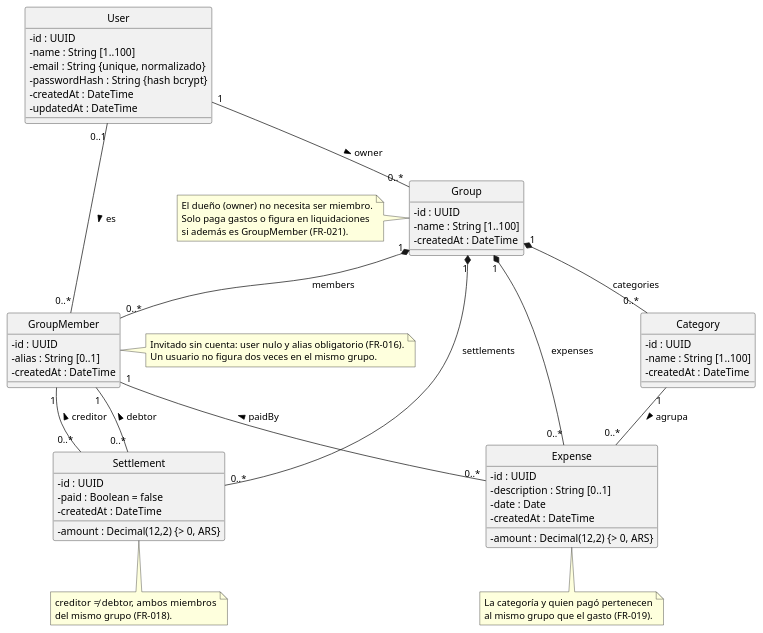
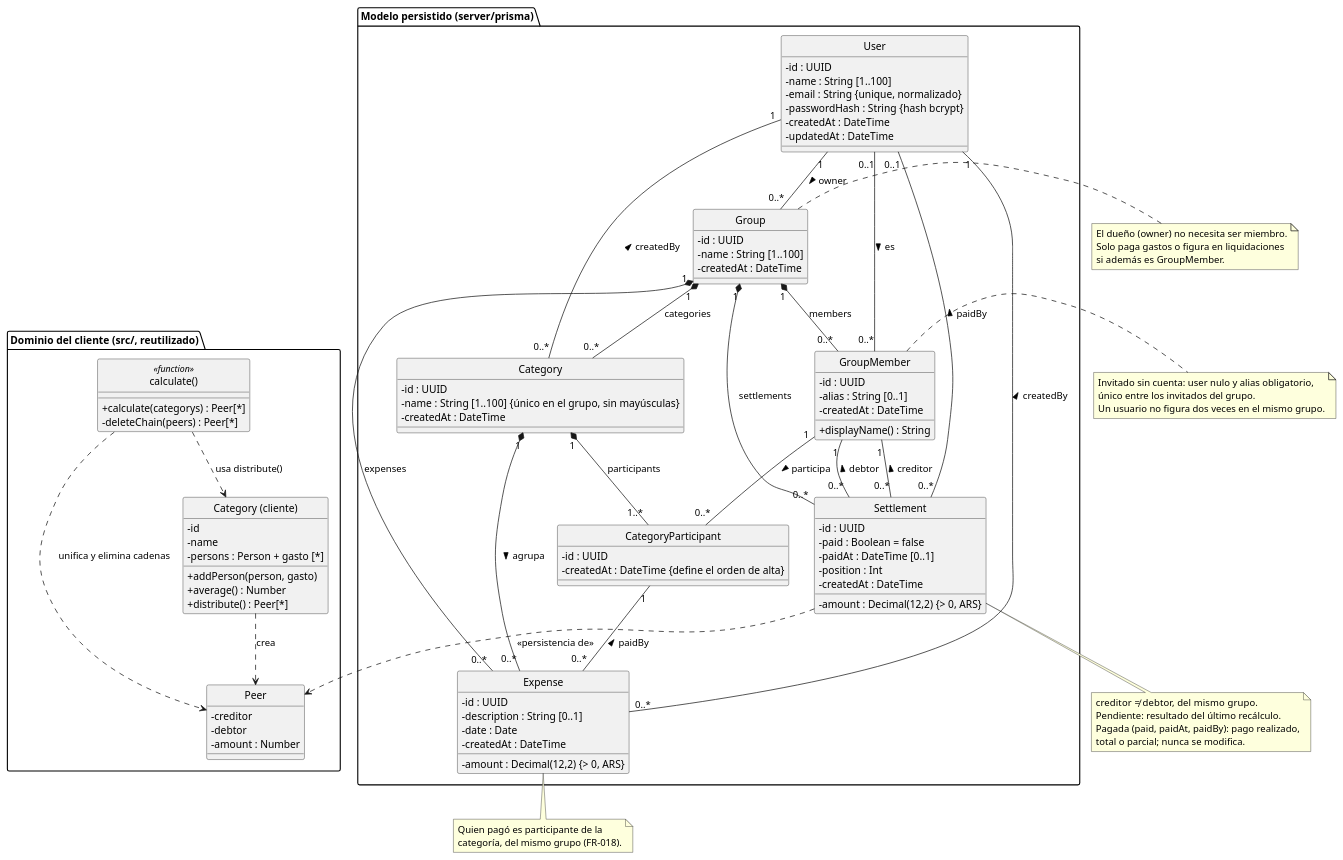
One commit to Matimrs/cuanto-es changed the first of 2 diagrams in docs/entregables/diagrama-de-clases.md. Above: the diagram before and after it, drawn with PlantUML. The commit also changed other lines of this file and 56 other files, not shown here.

````diff
--- a/docs/entregables/diagrama-de-clases.md
+++ b/docs/entregables/diagrama-de-clases.md
@@ -11,78 +15,123 @@
 hide circle
 skinparam classAttributeIconSize 0
 
-class User {
-  - id : UUID
-  - name : String [1..100]
-  - email : String {unique, normalizado}
-  - passwordHash : String {hash bcrypt}
-  - createdAt : DateTime
-  - updatedAt : DateTime
+package "Modelo persistido (server/prisma)" {
+  class User {
+    - id : UUID
+    - name : String [1..100]
+    - email : String {unique, normalizado}
+    - passwordHash : String {hash bcrypt}
+    - createdAt : DateTime
+    - updatedAt : DateTime
+  }
+
+  class Group {
+    - id : UUID
+    - name : String [1..100]
+    - createdAt : DateTime
+  }
+
+  class GroupMember {
+    - id : UUID
+    - alias : String [0..1]
+    - createdAt : DateTime
+    + displayName() : String
+  }
+
+  class Category {
+    - id : UUID
+    - name : String [1..100] {único en el grupo, sin mayúsculas}
+    - createdAt : DateTime
+  }
+
+  class CategoryParticipant {
+    - id : UUID
+    - createdAt : DateTime {define el orden de alta}
+  }
+
+  class Expense {
+    - id : UUID
+    - amount : Decimal(12,2) {> 0, ARS}
+    - description : String [0..1]
+    - date : Date
+    - createdAt : DateTime
+  }
+
+  class Settlement {
+    - id : UUID
+    - amount : Decimal(12,2) {> 0, ARS}
+    - paid : Boolean = false
+    - paidAt : DateTime [0..1]
+    - position : Int
+    - createdAt : DateTime
+  }
 }
 
-class Group {
-  - id : UUID
-  - name : String [1..100]
-  - createdAt : DateTime
-}
+package "Dominio del cliente (src/, reutilizado)" {
+  class "Category (cliente)" as CCategory {
+    - id
+    - name
+    - persons : Person + gasto [*]
+    + addPerson(person, gasto)
+    + average() : Number
+    + distribute() : Peer[*]
+  }
 
-class GroupMember {
-  - id : UUID
-  - alias : String [0..1]
-  - createdAt : DateTime
-}
+  class Peer {
+    - creditor
+    - debtor
+    - amount : Number
+  }
 
-class Category {
-  - id : UUID
-  - name : String [1..100]
-  - createdAt : DateTime
-}
-
-class Expense {
-  - id : UUID
-  - amount : Decimal(12,2) {> 0, ARS}
-  - description : String [0..1]
-  - date : Date
-  - createdAt : DateTime
-}
-
-class Settlement {
-  - id : UUID
-  - amount : Decimal(12,2) {> 0, ARS}
-  - paid : Boolean = false
-  - createdAt : DateTime
+  class "calculate()" as Calculate <<function>> {
+    + calculate(categorys) : Peer[*]
+    - deleteChain(peers) : Peer[*]
+  }
 }
 
 User "1" -- "0..*" Group : owner >
 User "0..1" -- "0..*" GroupMember : es >
+User "1" -- "0..*" Category : createdBy <
+User "1" -- "0..*" Expense : createdBy <
+User "0..1" -- "0..*" Settlement : paidBy <
 Group "1" *-- "0..*" GroupMember : members
 Group "1" *-- "0..*" Category : categories
 Group "1" *-- "0..*" Expense : expenses
 Group "1" *-- "0..*" Settlement : settlements
-Category "1" -- "0..*" Expense : agrupa >
-GroupMember "1" -- "0..*" Expense : paidBy <
+Category "1" *-- "1..*" CategoryParticipant : participants
+GroupMember "1" -- "0..*" CategoryParticipant : participa >
+Category "1" *-- "0..*" Expense : agrupa >
+CategoryParticipant "1" -- "0..*" Expense : paidBy <
 GroupMember "1" -- "0..*" Settlement : creditor <
 GroupMember "1" -- "0..*" Settlement : debtor <
 
+Calculate ..> CCategory : usa distribute()
+CCategory ..> Peer : crea
+Calculate ..> Peer : unifica y elimina cadenas
+Settlement ..> Peer : <<persistencia de>>
+
 note right of GroupMember
-  Invitado sin cuenta: user nulo y alias obligatorio (FR-016).
+  Invitado sin cuenta: user nulo y alias obligatorio,
+  único entre los invitados del grupo.
   Un usuario no figura dos veces en el mismo grupo.
 end note
 
 note bottom of Expense
-  La categoría y quien pagó pertenecen
-  al mismo grupo que el gasto (FR-019).
+  Quien pagó es participante de la
+  categoría, del mismo grupo (FR-018).
 end note
 
 note bottom of Settlement
-  creditor ≠ debtor, ambos miembros
-  del mismo grupo (FR-018).
+  creditor ≠ debtor, del mismo grupo.
+  Pendiente: resultado del último recálculo.
+  Pagada (paid, paidAt, paidBy): pago realizado,
+  total o parcial; nunca se modifica.
 end note
 
 note left of Group
   El dueño (owner) no necesita ser miembro.
   Solo paga gastos o figura en liquidaciones
-  si además es GroupMember (FR-021).
+  si además es GroupMember.
 end note
 @enduml
 ```
````
